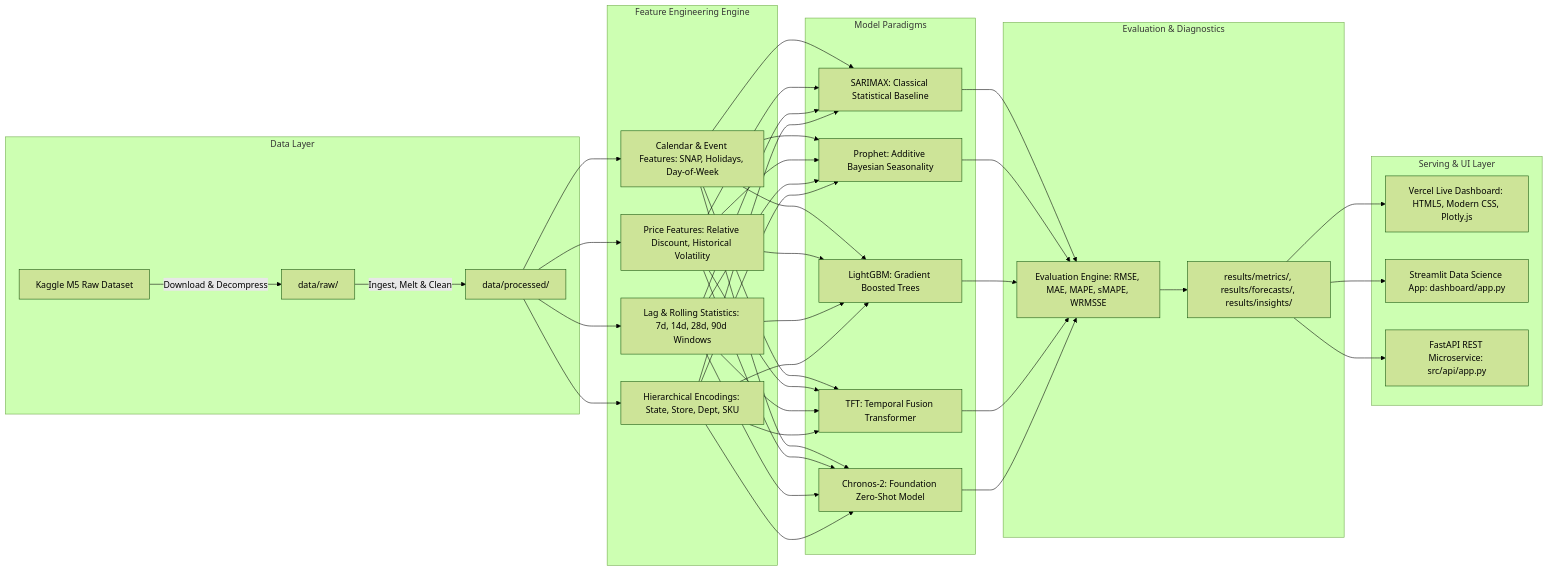
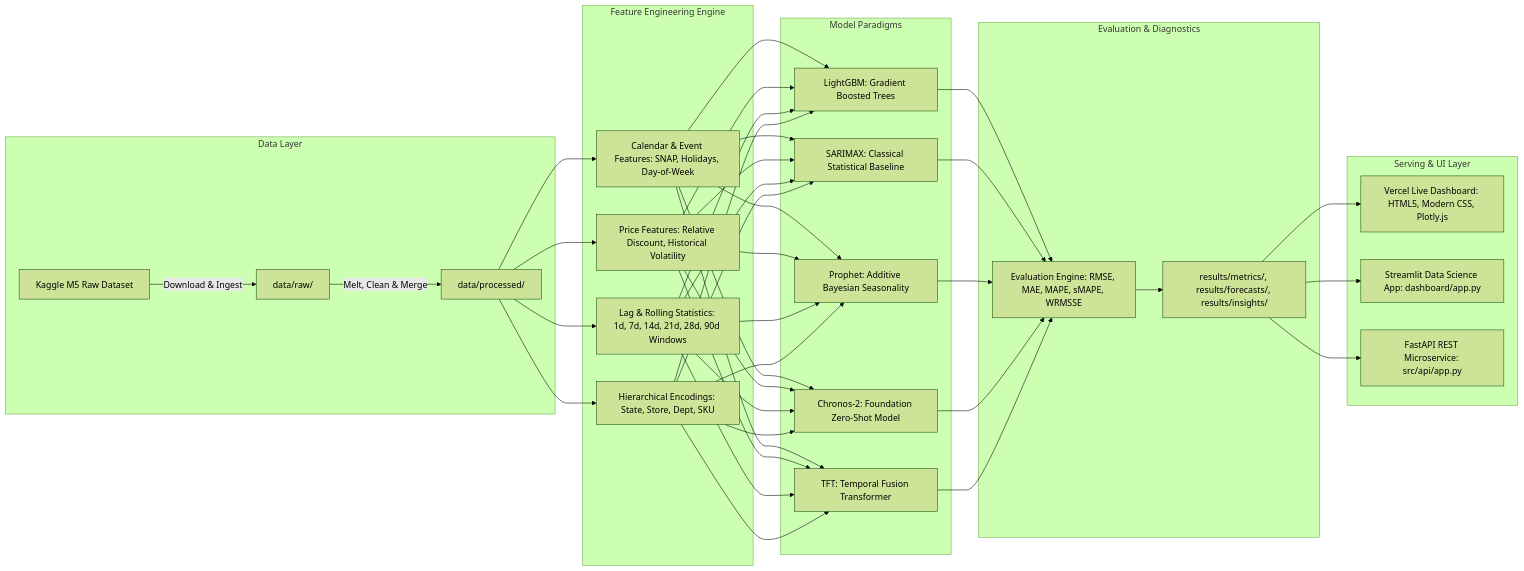
Before and after one commit to Mudit-R/demand-forecasting-walmart: the diagram in README.md, drawn with Mermaid (forest theme). The commit also changed other lines of this file and 18 other files, not shown here.

````diff
--- a/README.md
+++ b/README.md
@@ -50,33 +50,33 @@
 ```mermaid
 flowchart LR
     subgraph Data Layer
-        A[Kaggle M5 Raw Dataset] -->|Download & Decompress| B[data/raw/]
-        B -->|Ingest, Melt & Clean| C[data/processed/]
+        A[Kaggle M5 Raw Dataset] -->|Download & Ingest| B[data/raw/]
+        B -->|Melt, Clean & Merge| C[data/processed/]
     end
 
     subgraph Feature Engineering Engine
         C --> D[Calendar & Event Features: SNAP, Holidays, Day-of-Week]
         C --> E[Price Features: Relative Discount, Historical Volatility]
-        C --> F[Lag & Rolling Statistics: 7d, 14d, 28d, 90d Windows]
+        C --> F[Lag & Rolling Statistics: 1d, 7d, 14d, 21d, 28d, 90d Windows]
         C --> G[Hierarchical Encodings: State, Store, Dept, SKU]
     end
 
     subgraph Model Paradigms
-        D & E & F & G --> H[SARIMAX: Classical Statistical Baseline]
-        D & E & F & G --> I[Prophet: Additive Bayesian Seasonality]
-        D & E & F & G --> J[LightGBM: Gradient Boosted Trees]
-        D & E & F & G --> K[TFT: Temporal Fusion Transformer]
-        D & E & F & G --> L[Chronos-2: Foundation Zero-Shot Model]
+        D & E & F & G --> H[LightGBM: Gradient Boosted Trees]
+        D & E & F & G --> I[SARIMAX: Classical Statistical Baseline]
+        D & E & F & G --> J[Prophet: Additive Bayesian Seasonality]
+        D & E & F & G --> K[Chronos-2: Foundation Zero-Shot Model]
+        D & E & F & G --> L[TFT: Temporal Fusion Transformer]
     end
 
     subgraph Evaluation & Diagnostics
         H & I & J & K & L --> M[Evaluation Engine: RMSE, MAE, MAPE, sMAPE, WRMSSE]
         M --> N[results/metrics/, results/forecasts/, results/insights/]
     end
 
     subgraph Serving & UI Layer
         N --> O[Vercel Live Dashboard: HTML5, Modern CSS, Plotly.js]
         N --> P[Streamlit Data Science App: dashboard/app.py]
         N --> Q[FastAPI REST Microservice: src/api/app.py]
     end
 ```
````
